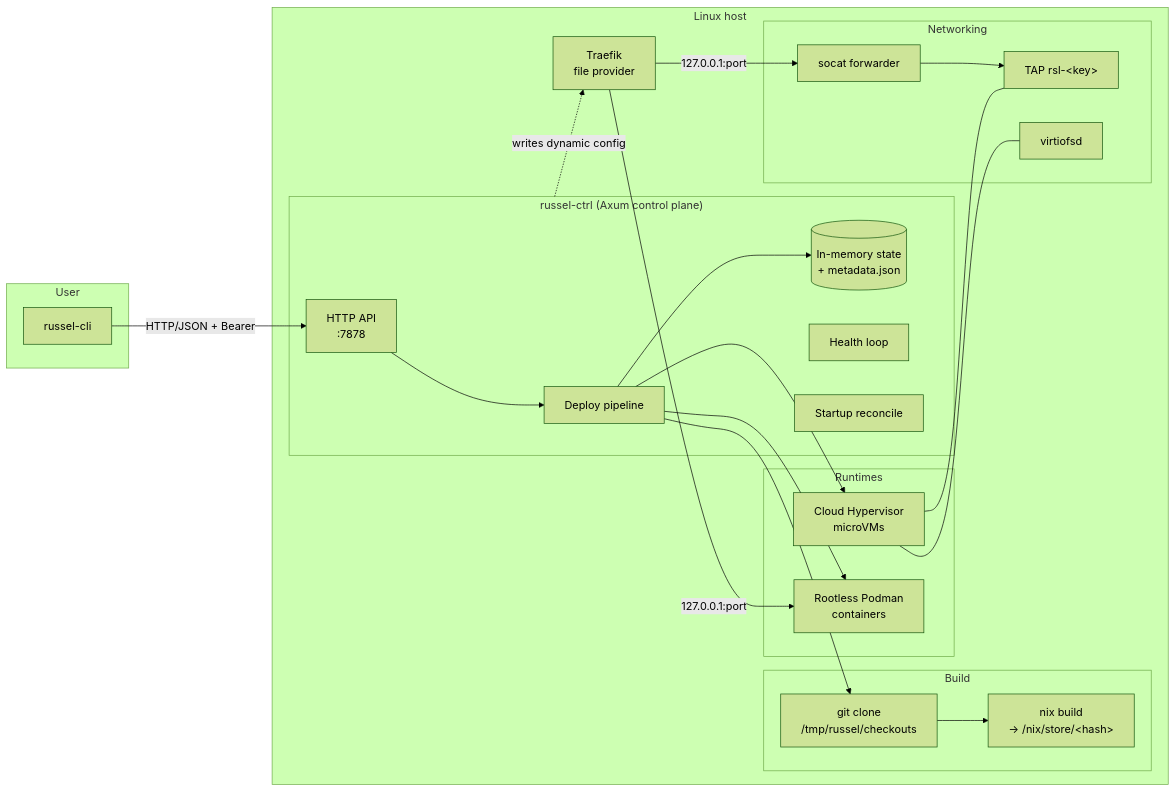
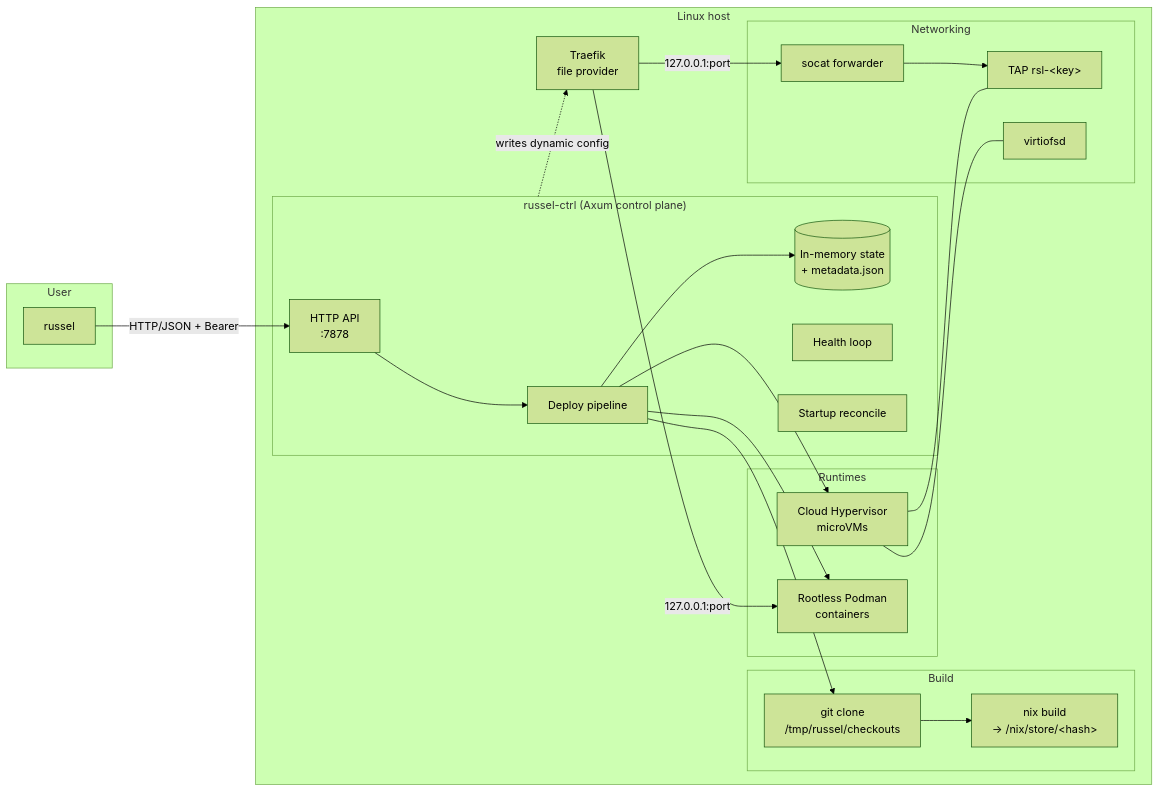
Before and after one commit to daschinmoy21/russel: the first of 8 diagrams in docs/architecture.md, drawn with Mermaid (forest theme). The commit also changed other lines of this file and 27 other files, not shown here.

First line of the commit message:
chore: sync CLI login, russel command, and install docs

````diff
--- a/docs/architecture.md
+++ b/docs/architecture.md
@@ -14,46 +14,46 @@
 ```mermaid
 flowchart LR
     subgraph User
-        CLI[russel-cli]
+        CLI[russel]
     end
 
     subgraph Host["Linux host"]
         subgraph CP["russel-ctrl (Axum control plane)"]
             API[HTTP API<br/>:7878]
             PIPE[Deploy pipeline]
             STATE[(In-memory state<br/>+ metadata.json)]
             HEALTH[Health loop]
             REC[Startup reconcile]
         end
 
         subgraph Build["Build"]
             GIT[git clone<br/>/tmp/russel/checkouts]
             NIX[nix build<br/>→ /nix/store/&lt;hash&gt;]
         end
 
         subgraph RT["Runtimes"]
             CH[Cloud Hypervisor<br/>microVMs]
             POD[Rootless Podman<br/>containers]
         end
 
         subgraph Net["Networking"]
             TAP[TAP rsl-&lt;key&gt;]
             SOC[socat forwarder]
             VFD[virtiofsd]
         end
 
         TRAEFIK[Traefik<br/>file provider]
     end
 
     CLI -->|HTTP/JSON + Bearer| API
     API --> PIPE
     PIPE --> GIT --> NIX
     PIPE --> CH
     PIPE --> POD
     CH --- TAP & VFD
     SOC --> TAP
     PIPE --> STATE
     CP -.writes dynamic config.-> TRAEFIK
     TRAEFIK -->|127.0.0.1:port| SOC
     TRAEFIK -->|127.0.0.1:port| POD
 ```
````
